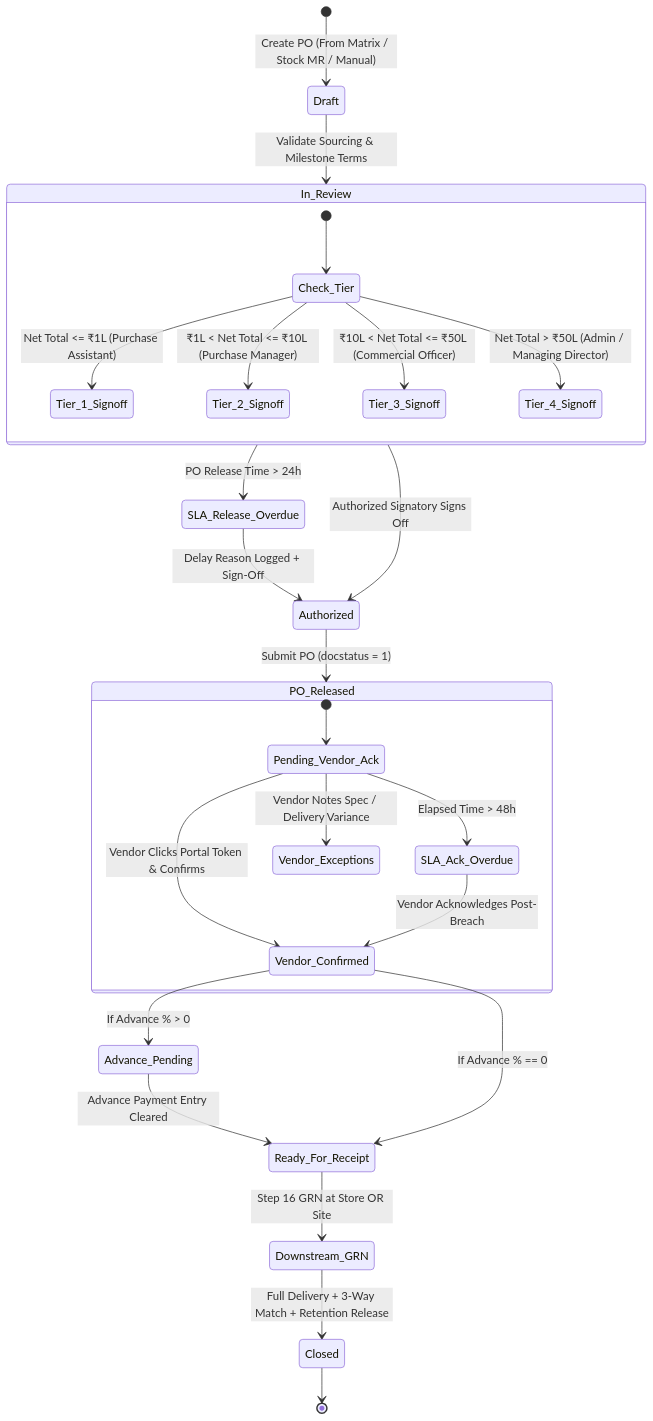
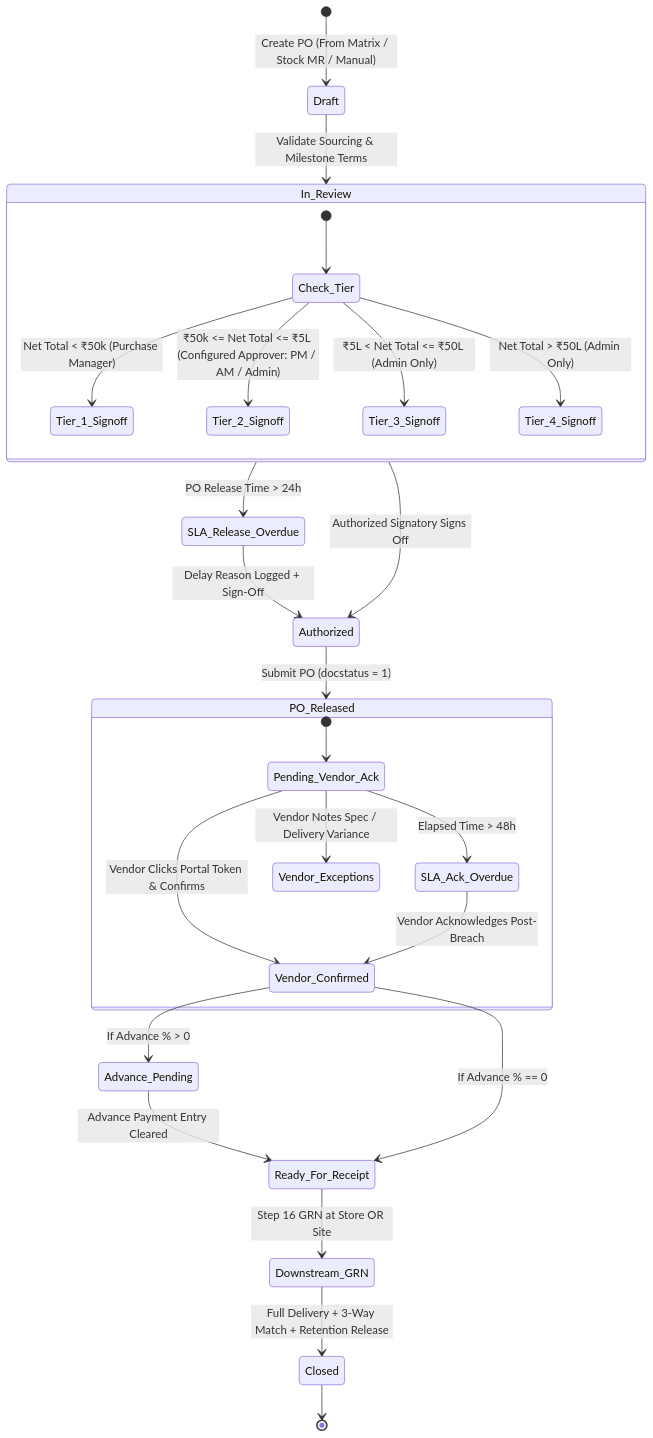
Before and after one commit to cbdits-yogesh/solar_module_planning_docs: the diagram in step_plans/STEP_15_PURCHASE_ORDER_AUTHORIZATION_SPECIFICATION.md, drawn with Mermaid. The commit also changed other lines of this file and 53 other files, not shown here.

````diff
--- a/step_plans/STEP_15_PURCHASE_ORDER_AUTHORIZATION_SPECIFICATION.md
+++ b/step_plans/STEP_15_PURCHASE_ORDER_AUTHORIZATION_SPECIFICATION.md
@@ -208,35 +211,35 @@
 ```mermaid
 stateDiagram-v2
     [*] --> Draft: Create PO (From Matrix / Stock MR / Manual)
     Draft --> In_Review: Validate Sourcing & Milestone Terms
 
     state In_Review {
         [*] --> Check_Tier
-        Check_Tier --> Tier_1_Signoff: Net Total <= ₹1L (Purchase Assistant)
-        Check_Tier --> Tier_2_Signoff: ₹1L < Net Total <= ₹10L (Purchase Manager)
-        Check_Tier --> Tier_3_Signoff: ₹10L < Net Total <= ₹50L (Commercial Officer)
-        Check_Tier --> Tier_4_Signoff: Net Total > ₹50L (Admin / Managing Director)
+        Check_Tier --> Tier_1_Signoff: Net Total < ₹50k (Purchase Manager)
+        Check_Tier --> Tier_2_Signoff: ₹50k <= Net Total <= ₹5L (Configured Approver: PM / AM / Admin)
+        Check_Tier --> Tier_3_Signoff: ₹5L < Net Total <= ₹50L (Admin Only)
+        Check_Tier --> Tier_4_Signoff: Net Total > ₹50L (Admin Only)
     }
 
     In_Review --> Authorized: Authorized Signatory Signs Off
     In_Review --> SLA_Release_Overdue: PO Release Time > 24h
     SLA_Release_Overdue --> Authorized: Delay Reason Logged + Sign-Off
 
     Authorized --> PO_Released: Submit PO (docstatus = 1)
 
     state PO_Released {
         [*] --> Pending_Vendor_Ack
         Pending_Vendor_Ack --> Vendor_Confirmed: Vendor Clicks Portal Token & Confirms
         Pending_Vendor_Ack --> SLA_Ack_Overdue: Elapsed Time > 48h
         SLA_Ack_Overdue --> Vendor_Confirmed: Vendor Acknowledges Post-Breach
         Pending_Vendor_Ack --> Vendor_Exceptions: Vendor Notes Spec / Delivery Variance
     }
 
     Vendor_Confirmed --> Advance_Pending: If Advance % > 0
     Advance_Pending --> Ready_For_Receipt: Advance Payment Entry Cleared
     Vendor_Confirmed --> Ready_For_Receipt: If Advance % == 0
 
     Ready_For_Receipt --> Downstream_GRN: Step 16 GRN at Store OR Site
     Downstream_GRN --> Closed: Full Delivery + 3-Way Match + Retention Release
     Closed --> [*]
 ```
````
